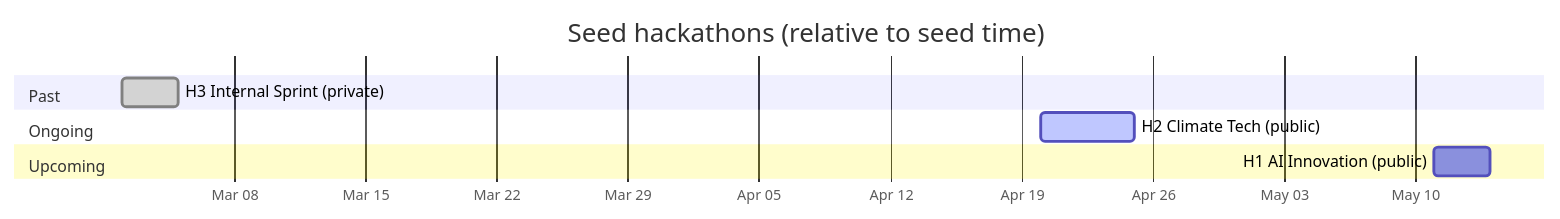
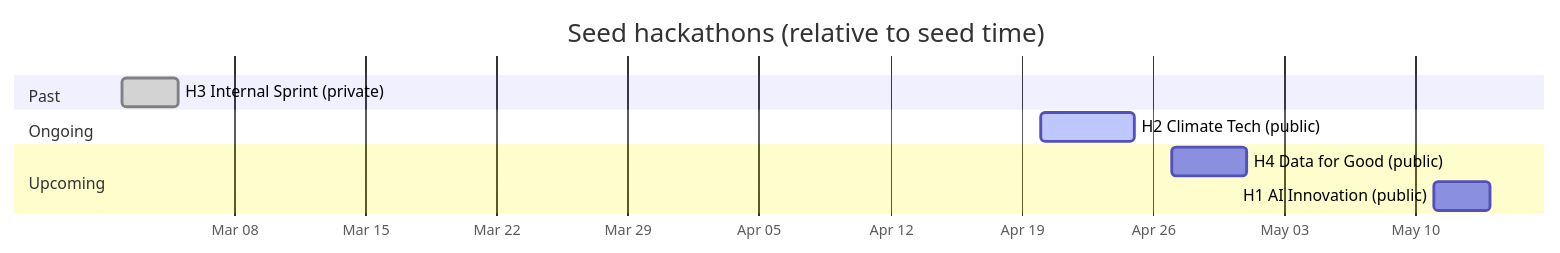
One commit to SwissDataScienceCenter/hackagon changed the diagram in components/backend/cmd/seed/README.md. Above: the diagram before and after it, drawn with Mermaid. The commit also changed other lines of this file and 1 other file, not shown here.

````diff
--- a/components/backend/cmd/seed/README.md
+++ b/components/backend/cmd/seed/README.md
@@ -38,15 +57,16 @@
 ```mermaid
 gantt
     title Seed hackathons (relative to seed time)
     dateFormat YYYY-MM-DD
     axisFormat %b %d
 
     section Past
     H3 Internal Sprint (private)    :done, 2026-03-02, 3d
 
     section Ongoing
     H2 Climate Tech (public)        :active, 2026-04-20, 5d
 
     section Upcoming
+    H4 Data for Good (public)       :2026-04-27, 4d
     H1 AI Innovation (public)       :2026-05-11, 3d
 ```
````
